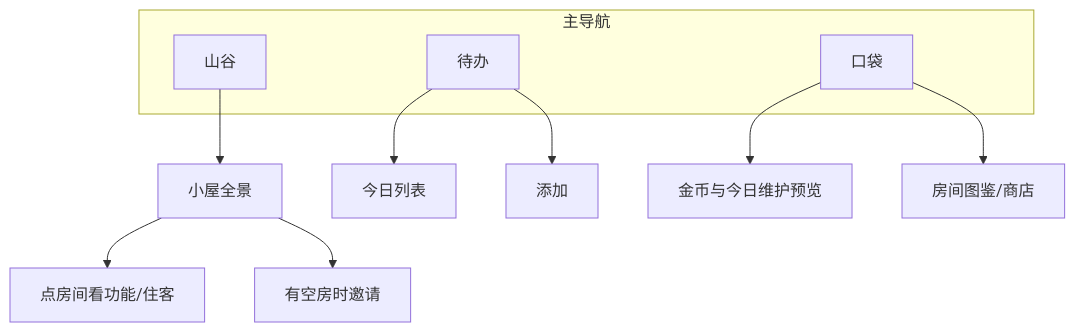
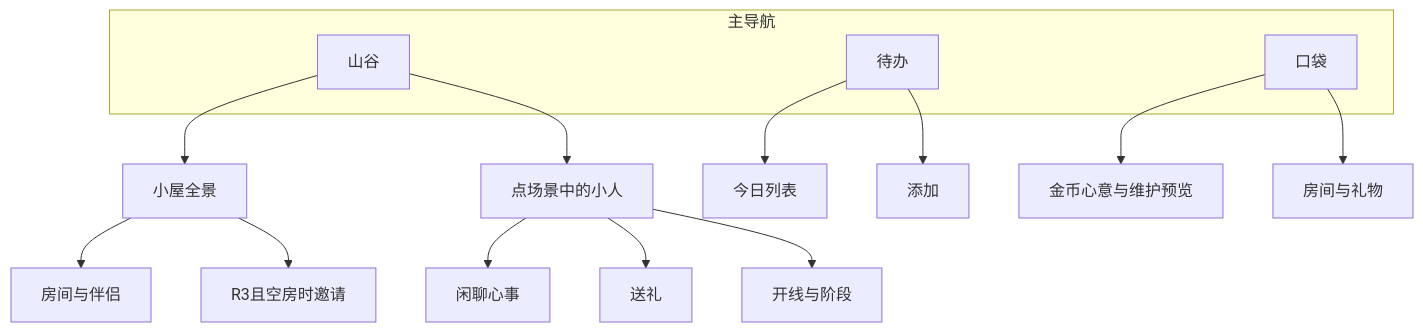
The second of 2 diagrams in docs/DESIGN.md (ggao2014/productivity-valley), drawn with Mermaid before and after one commit. The commit also changed other lines of this file, not shown here.

````diff
--- a/docs/DESIGN.md
+++ b/docs/DESIGN.md
@@ -249,15 +327,19 @@
 ```mermaid
 flowchart TB
   subgraph tabs [主导航]
     valley[山谷]
     tasks[待办]
     bag[口袋]
   end
   valley --> houseView[小屋全景]
-  houseView --> roomDetail[点房间看功能/住客]
-  houseView --> inviteFlow[有空房时邀请]
+  valley --> npcSpot[点场景中的小人]
+  houseView --> roomDetail[房间与伴侣]
+  houseView --> inviteFlow[R3且空房时邀请]
+  npcSpot --> chat[闲聊心事]
+  npcSpot --> giveGift[送礼]
+  npcSpot --> romance[开线与阶段]
   tasks --> taskList[今日列表]
   tasks --> addTask[添加]
-  bag --> coins[金币与今日维护预览]
-  bag --> catalog[房间图鉴/商店]
+  bag --> coins[金币心意与维护预览]
+  bag --> catalog[房间与礼物]
 ```
````
